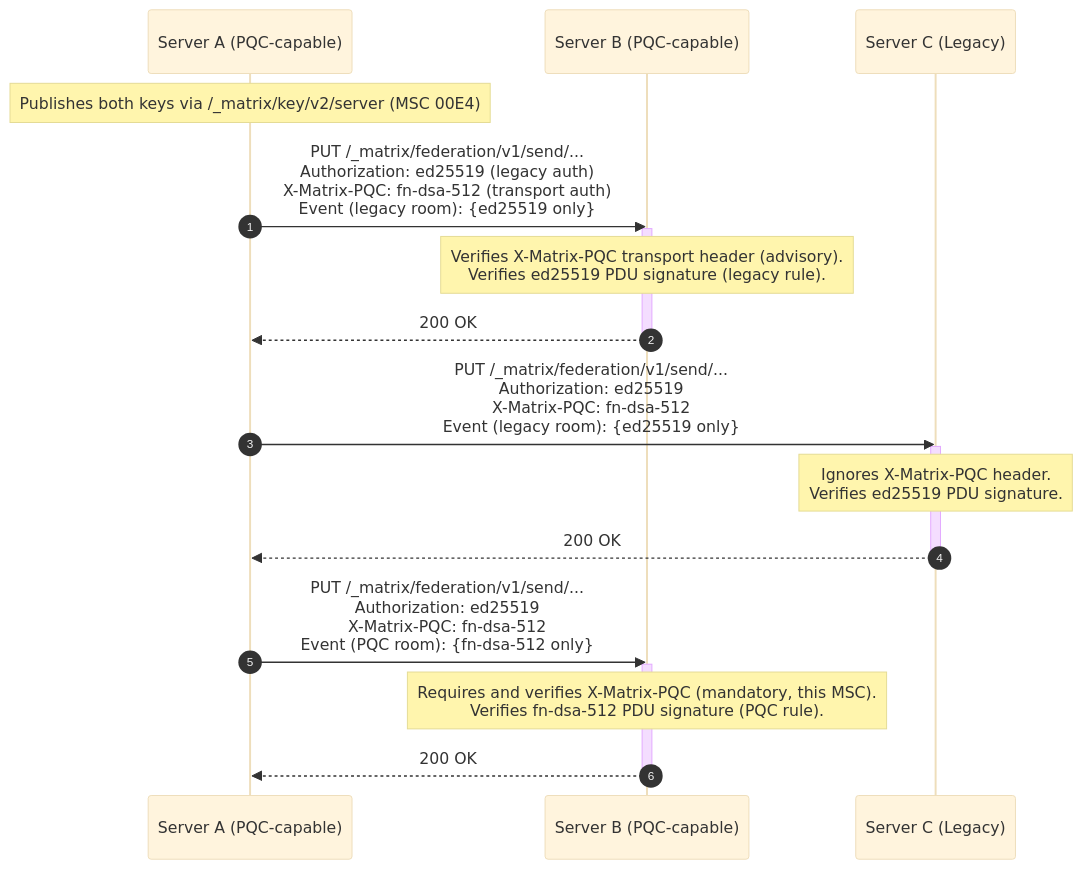
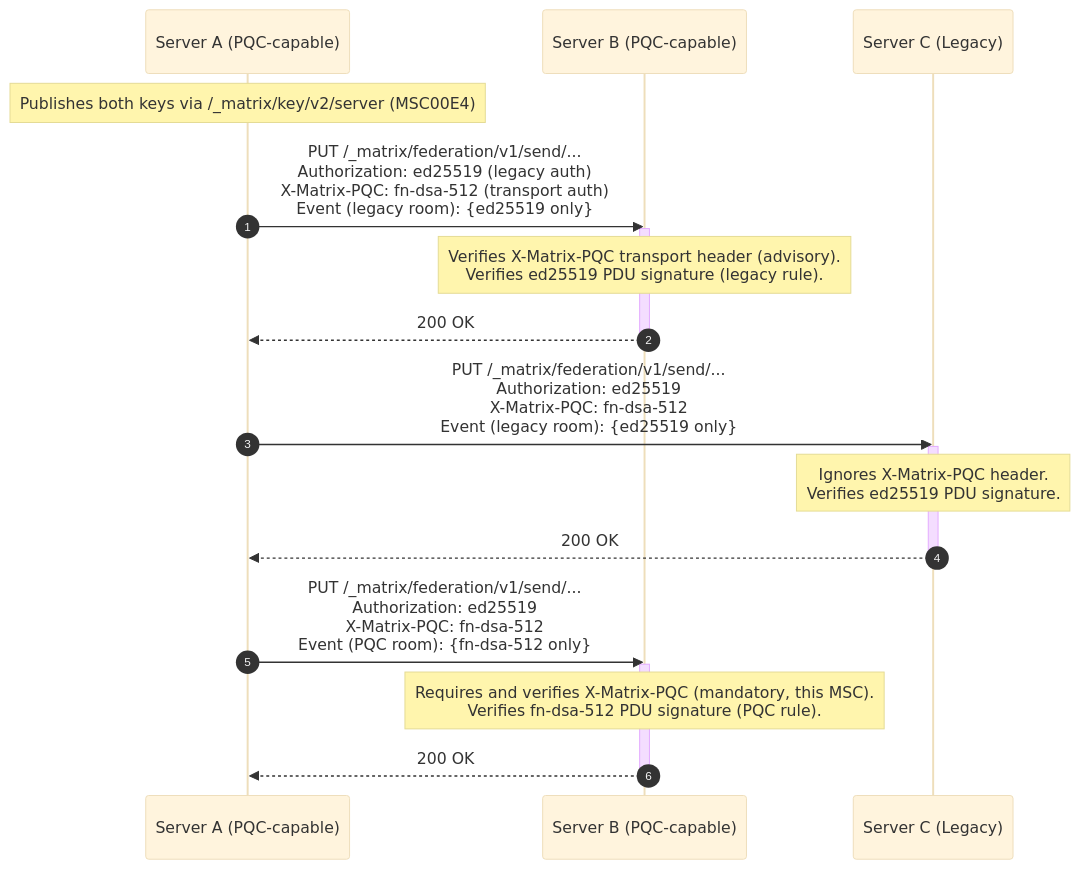
Before and after one commit to gamesguru/matrix-spec-proposals: the diagram in proposals/00E2-quantum-sigs-federation-room-pdu.md, drawn with Mermaid (base theme). The commit also changed other lines of this file and 5 other files, not shown here.

````diff
--- a/proposals/00E2-quantum-sigs-federation-room-pdu.md
+++ b/proposals/00E2-quantum-sigs-federation-room-pdu.md
@@ -220,27 +220,27 @@
 ```mermaid
 sequenceDiagram
     autonumber
     participant S1 as Server A (PQC-capable)
     participant S2 as Server B (PQC-capable)
     participant S3 as Server C (Legacy)
 
-    Note over S1: Publishes both keys via /_matrix/key/v2/server (MSC 00E4)
+    Note over S1: Publishes both keys via /_matrix/key/v2/server (MSC00E4)
 
     S1->>S2: PUT /_matrix/federation/v1/send/...<br/>Authorization: ed25519 (legacy auth)<br/>X-Matrix-PQC: fn-dsa-512 (transport auth)<br/>Event (legacy room): {ed25519 only}
     activate S2
     Note over S2: Verifies X-Matrix-PQC transport header (advisory).<br/>Verifies ed25519 PDU signature (legacy rule).
     S2-->>S1: 200 OK
     deactivate S2
 
     S1->>S3: PUT /_matrix/federation/v1/send/...<br/>Authorization: ed25519<br/>X-Matrix-PQC: fn-dsa-512<br/>Event (legacy room): {ed25519 only}
     activate S3
     Note over S3: Ignores X-Matrix-PQC header.<br/>Verifies ed25519 PDU signature.
     S3-->>S1: 200 OK
     deactivate S3
 
     S1->>S2: PUT /_matrix/federation/v1/send/...<br/>Authorization: ed25519<br/>X-Matrix-PQC: fn-dsa-512<br/>Event (PQC room): {fn-dsa-512 only}
     activate S2
     Note over S2: Requires and verifies X-Matrix-PQC (mandatory, this MSC).<br/>Verifies fn-dsa-512 PDU signature (PQC rule).
     S2-->>S1: 200 OK
     deactivate S2
 ```
````
